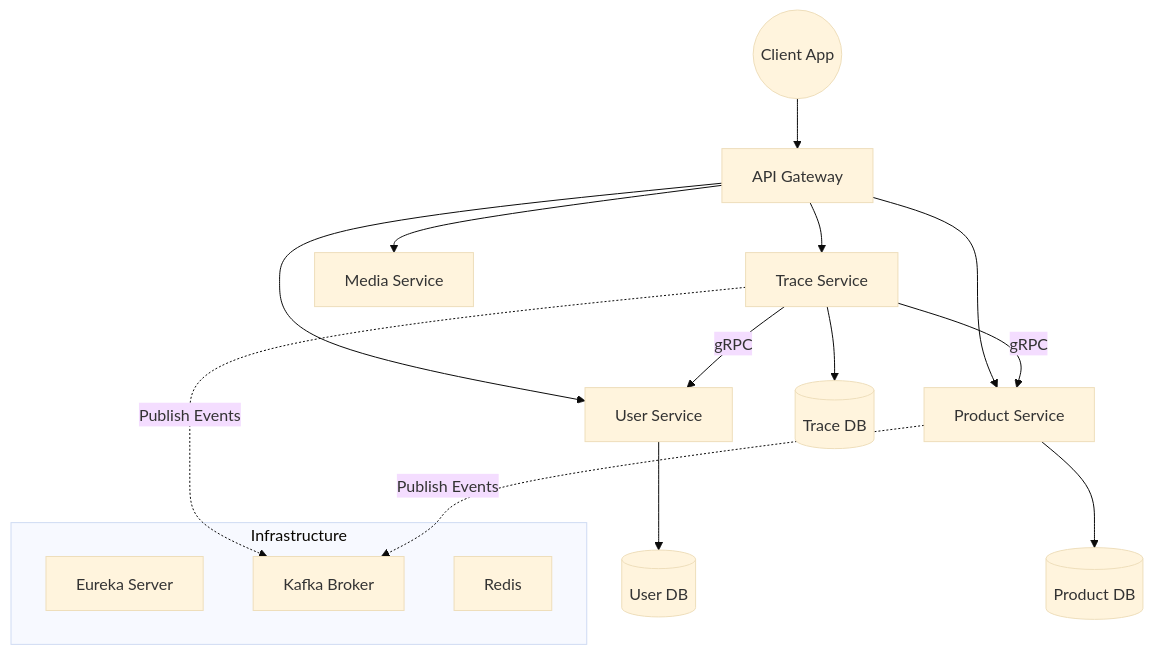
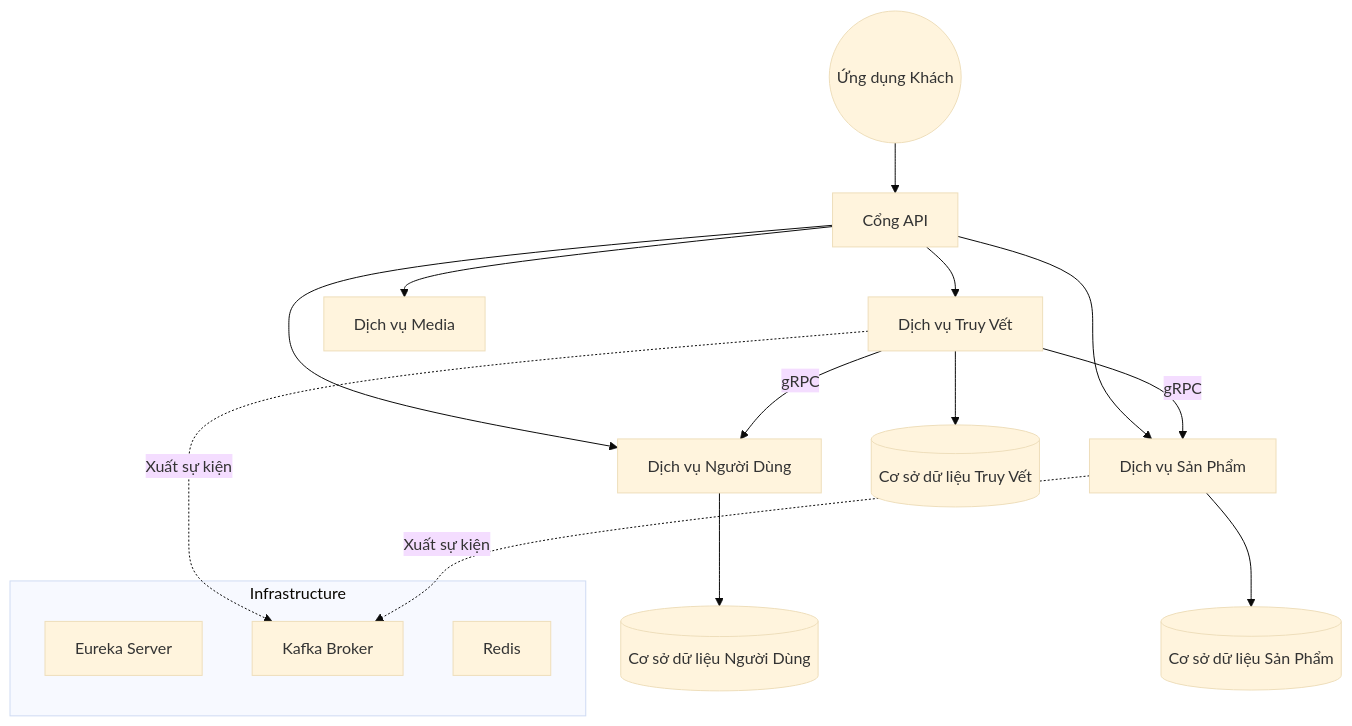
The first of 2 diagrams in README.md (AcidTSB/AgriTraceChain), drawn with Mermaid (base theme) before and after one commit. The commit also changed other lines of this file, not shown here.

````diff
--- a/README.md
+++ b/README.md
@@ -70,25 +71,25 @@
 ```mermaid
 graph TD
-    Client((Client App)) --> Gateway[API Gateway]
+    Client((Ứng dụng Khách)) --> Gateway[Cổng API]
 
-    Gateway --> UserSvc[User Service]
-    Gateway --> ProductSvc[Product Service]
-    Gateway --> TraceSvc[Trace Service]
-    Gateway --> MediaSvc[Media Service]
+    Gateway --> UserSvc[Dịch vụ Người Dùng]
+    Gateway --> ProductSvc[Dịch vụ Sản Phẩm]
+    Gateway --> TraceSvc[Dịch vụ Truy Vết]
+    Gateway --> MediaSvc[Dịch vụ Media]
 
     subgraph Infrastructure
         Eureka[Eureka Server]
         Kafka[Kafka Broker]
         Redis[Redis]
     end
 
-    UserSvc --> UserDB[(User DB)]
-    ProductSvc --> ProductDB[(Product DB)]
-    TraceSvc --> TraceDB[(Trace DB)]
+    UserSvc --> UserDB[(Cơ sở dữ liệu Người Dùng)]
+    ProductSvc --> ProductDB[(Cơ sở dữ liệu Sản Phẩm)]
+    TraceSvc --> TraceDB[(Cơ sở dữ liệu Truy Vết)]
 
     TraceSvc -->|gRPC| UserSvc
     TraceSvc -->|gRPC| ProductSvc
 
-    TraceSvc -. Publish Events .-> Kafka
-    ProductSvc -. Publish Events .-> Kafka
+    TraceSvc -. Xuất sự kiện .-> Kafka
+    ProductSvc -. Xuất sự kiện .-> Kafka
 ```
````
